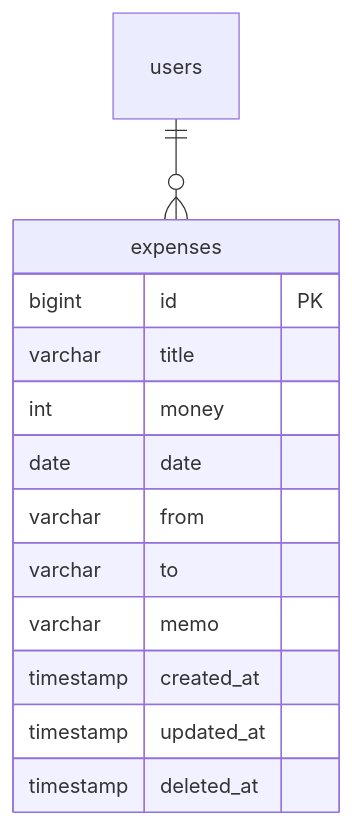
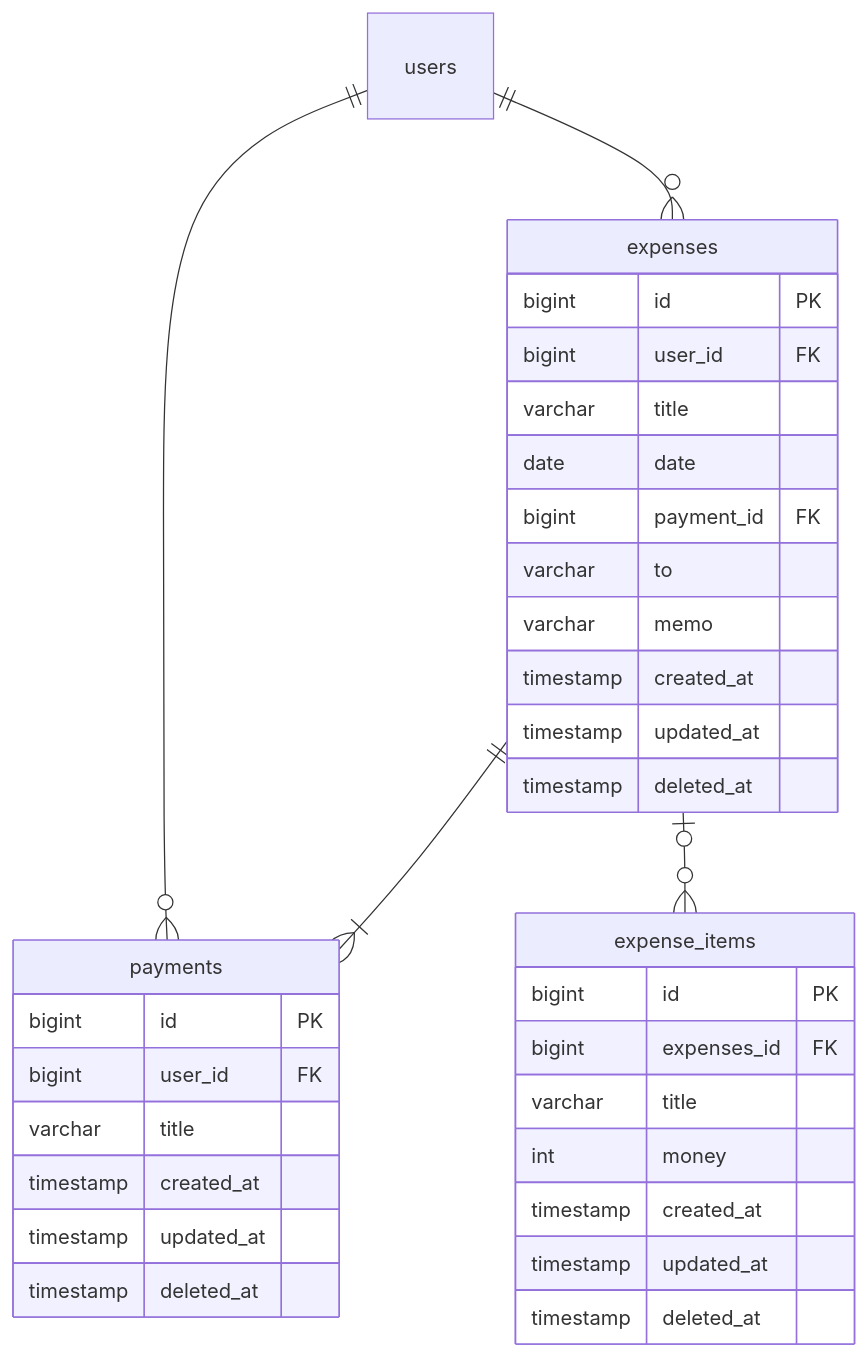
Before and after one commit to PONzu-0529/ponzu0529-niconico: the fourth of 4 diagrams in Doc/MoneyAssistant.md, drawn with Mermaid. The commit also changed other lines of this file, not shown here.

Commit message:
Update Document for MoneyAssistant #107

````diff
--- a/Doc/MoneyAssistant.md
+++ b/Doc/MoneyAssistant.md
@@ -107,19 +171,41 @@
 ```mermaid
 erDiagram
   users
 
+  payments {
+    bigint id PK
+    bigint user_id FK
+    varchar title
+    timestamp created_at
+    timestamp updated_at
+    timestamp deleted_at
+  }
+
   expenses {
     bigint id PK
+    bigint user_id FK
     varchar title
-    int money
     date date
-    varchar from
+    bigint payment_id FK
     varchar to
     varchar memo
     timestamp created_at
     timestamp updated_at
     timestamp deleted_at
   }
 
+  expense_items {
+    bigint id PK
+    bigint expenses_id FK
+    varchar title
+    int money
+    timestamp created_at
+    timestamp updated_at
+    timestamp deleted_at
+  }
+
+  users ||--o{ payments : ""
   users ||--o{ expenses : ""
+  expenses ||--|{ payments : ""
+  expenses |o--o{ expense_items : ""
 ```
````
